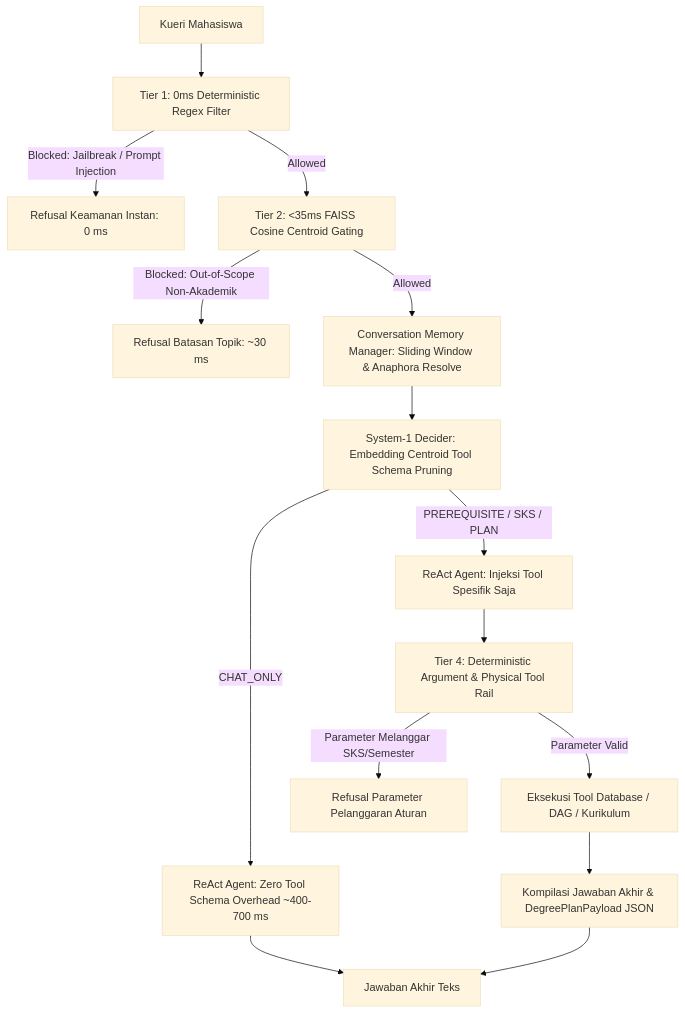
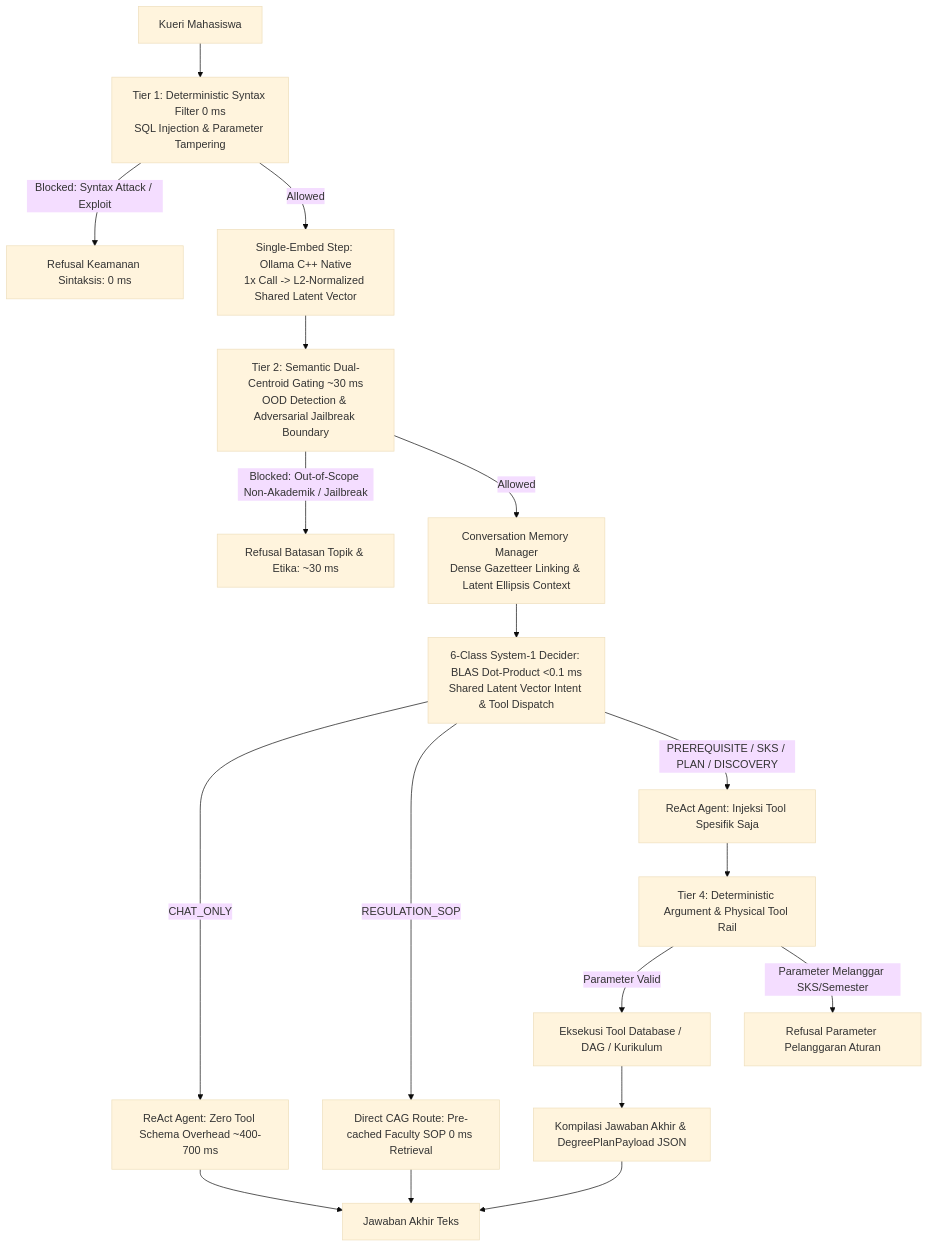
One commit to Primarizki21/ftmm-compass-chatbot changed the second of 3 diagrams in docs/INTEGRATION_FLOW.md. Above: the diagram before and after it, drawn with Mermaid (base theme). The commit also changed other lines of this file and 20 other files, not shown here.

Commit message:
feat(engine,guardrails): eliminate semantic regex via single-embed shared latent pipeline (Exp-019)

````diff
--- a/docs/INTEGRATION_FLOW.md
+++ b/docs/INTEGRATION_FLOW.md
@@ -35,17 +35,20 @@
 ```mermaid
 graph TD
-    Query[Kueri Mahasiswa] --> T1[Tier 1: 0ms Deterministic Regex Filter]
-    T1 -- Blocked: Jailbreak / Prompt Injection --> RefusalT1[Refusal Keamanan Instan: 0 ms]
-    T1 -- Allowed --> T2[Tier 2: <35ms FAISS Cosine Centroid Gating]
-    T2 -- Blocked: Out-of-Scope Non-Akademik --> RefusalT2[Refusal Batasan Topik: ~30 ms]
-    T2 -- Allowed --> Mem[Conversation Memory Manager: Sliding Window & Anaphora Resolve]
-    Mem --> Decider[System-1 Decider: Embedding Centroid Tool Schema Pruning]
+    Query[Kueri Mahasiswa] --> T1[Tier 1: Deterministic Syntax Filter 0 ms<br/>SQL Injection & Parameter Tampering]
+    T1 -- Blocked: Syntax Attack / Exploit --> RefusalT1[Refusal Keamanan Sintaksis: 0 ms]
+    T1 -- Allowed --> Embed[Single-Embed Step: Ollama C++ Native<br/>1x Call -> L2-Normalized Shared Latent Vector]
+    Embed --> T2[Tier 2: Semantic Dual-Centroid Gating ~30 ms<br/>OOD Detection & Adversarial Jailbreak Boundary]
+    T2 -- Blocked: Out-of-Scope Non-Akademik / Jailbreak --> RefusalT2[Refusal Batasan Topik & Etika: ~30 ms]
+    T2 -- Allowed --> Mem[Conversation Memory Manager<br/>Dense Gazetteer Linking & Latent Ellipsis Context]
+    Mem --> Decider[6-Class System-1 Decider: BLAS Dot-Product <0.1 ms<br/>Shared Latent Vector Intent & Tool Dispatch]
     Decider -- CHAT_ONLY --> DirectLLM[ReAct Agent: Zero Tool Schema Overhead ~400-700 ms]
-    Decider -- PREREQUISITE / SKS / PLAN --> ToolsLLM[ReAct Agent: Injeksi Tool Spesifik Saja]
+    Decider -- REGULATION_SOP --> CAGRoute[Direct CAG Route: Pre-cached Faculty SOP 0 ms Retrieval]
+    Decider -- PREREQUISITE / SKS / PLAN / DISCOVERY --> ToolsLLM[ReAct Agent: Injeksi Tool Spesifik Saja]
     DirectLLM --> Out[Jawaban Akhir Teks]
+    CAGRoute --> Out
     ToolsLLM --> T4[Tier 4: Deterministic Argument & Physical Tool Rail]
     T4 -- Parameter Valid --> Exec[Eksekusi Tool Database / DAG / Kurikulum]
     T4 -- Parameter Melanggar SKS/Semester --> RefusalT4[Refusal Parameter Pelanggaran Aturan]
     Exec --> Gen[Kompilasi Jawaban Akhir & DegreePlanPayload JSON]
     Gen --> Out
 ```
````
